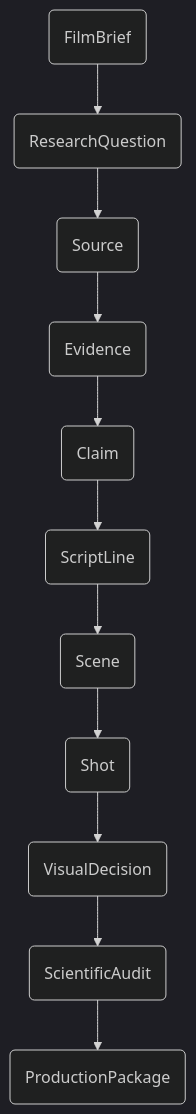
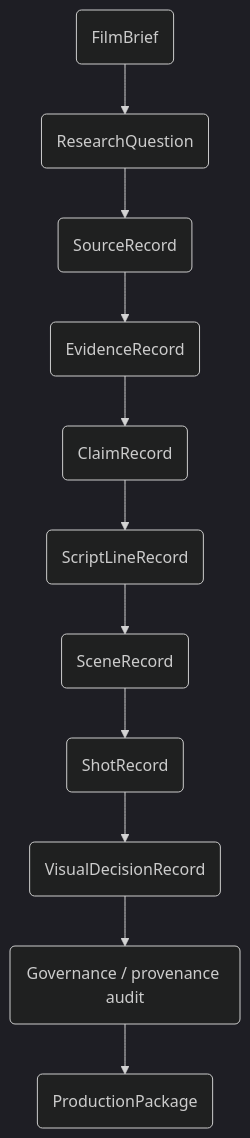
Before and after one commit to amin076/tital: the diagram in docs/domain/provenance-and-governance.md, drawn with Mermaid (dark theme). The commit also changed other lines of this file, not shown here.

Commit message:
docs: distinguish scientific cinematic and human-decision provenance

````diff
--- a/docs/domain/provenance-and-governance.md
+++ b/docs/domain/provenance-and-governance.md
@@ -5,13 +5,13 @@
 ```mermaid
 graph TD
-    A(FilmBrief) --> B(ResearchQuestion);
-    B --> C(Source);
-    C --> D(Evidence);
-    D --> E(Claim);
-    E --> F(ScriptLine);
-    F --> G(Scene);
-    G --> H(Shot);
-    H --> I(VisualDecision);
-    I --> J(ScientificAudit);
-    J --> K(ProductionPackage);
+    A(FilmBrief) --> B(ResearchQuestion)
+    B --> C(SourceRecord)
+    C --> D(EvidenceRecord)
+    D --> E(ClaimRecord)
+    E --> F(ScriptLineRecord)
+    F --> G(SceneRecord)
+    G --> H(ShotRecord)
+    H --> I(VisualDecisionRecord)
+    I --> J(Governance / provenance audit)
+    J --> K(ProductionPackage)
 ```
````
